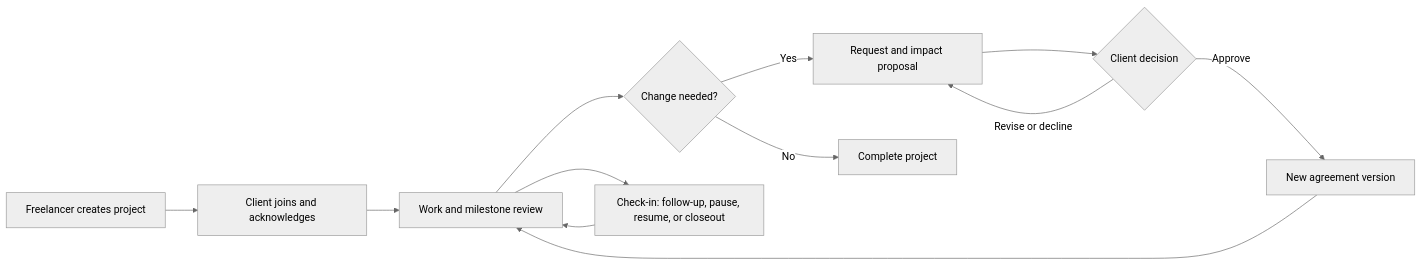
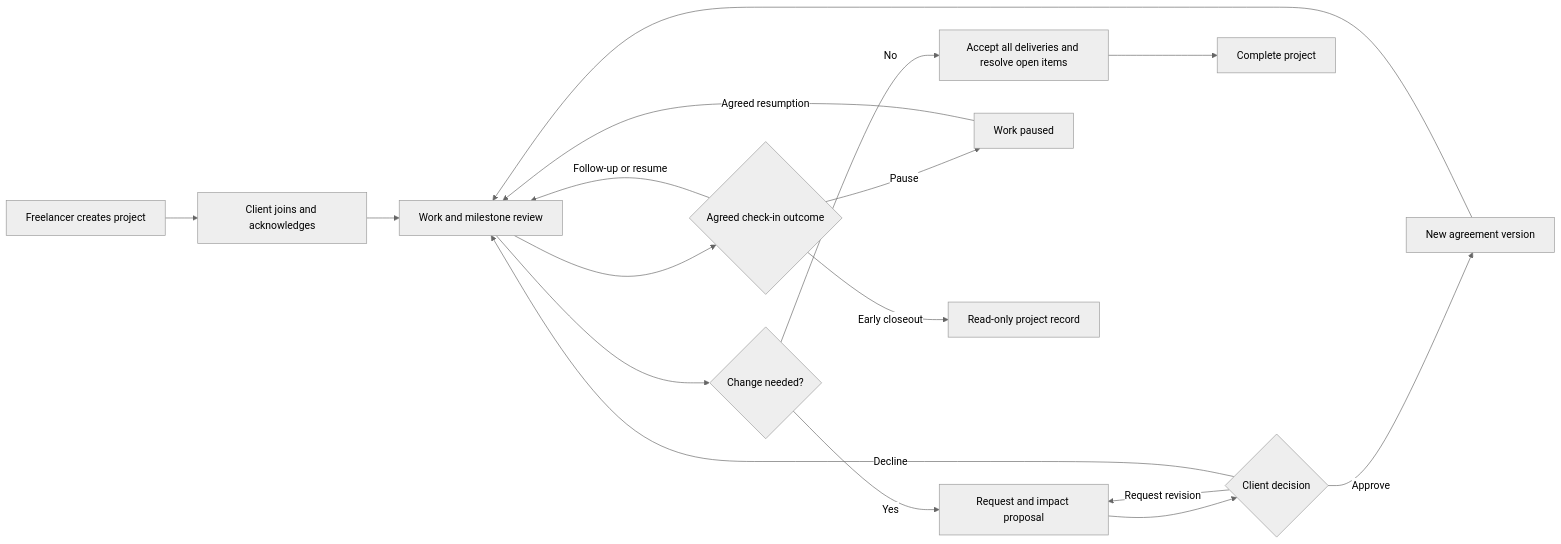
One commit to Ishiezz/Accordly changed the diagram in README.md. Above: the diagram before and after it, drawn with Mermaid (neutral theme). The commit also changed other lines of this file and 1 other file, not shown here.

Commit message:
Update deployment guide and retain lifecycle regression checks

````diff
--- a/README.md
+++ b/README.md
@@ -65,14 +67,19 @@
 ```mermaid
 flowchart LR
     A[Freelancer creates project] --> B[Client joins and acknowledges]
     B --> C[Work and milestone review]
     C --> D{Change needed?}
     D -- Yes --> E[Request and impact proposal]
     E --> F{Client decision}
     F -- Approve --> G[New agreement version]
-    F -- Revise or decline --> E
+    F -- Request revision --> E
+    F -- Decline --> C
     G --> C
-    D -- No --> H[Complete project]
-    C --> I[Check-in: follow-up, pause, resume, or closeout]
-    I --> C
+    D -- No --> H[Accept all deliveries and resolve open items]
+    H --> J[Complete project]
+    C --> I{Agreed check-in outcome}
+    I -- Follow-up or resume --> C
+    I -- Pause --> K[Work paused]
+    K -- Agreed resumption --> C
+    I -- Early closeout --> L[Read-only project record]
 ```
````
